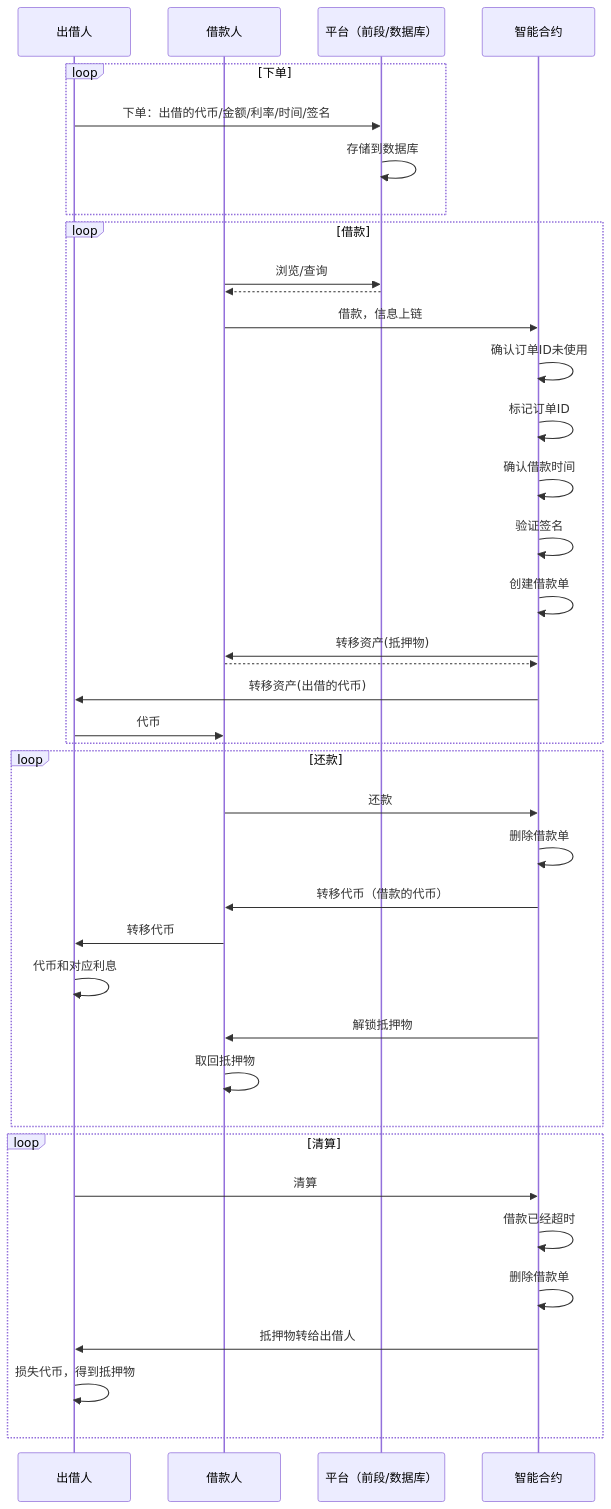
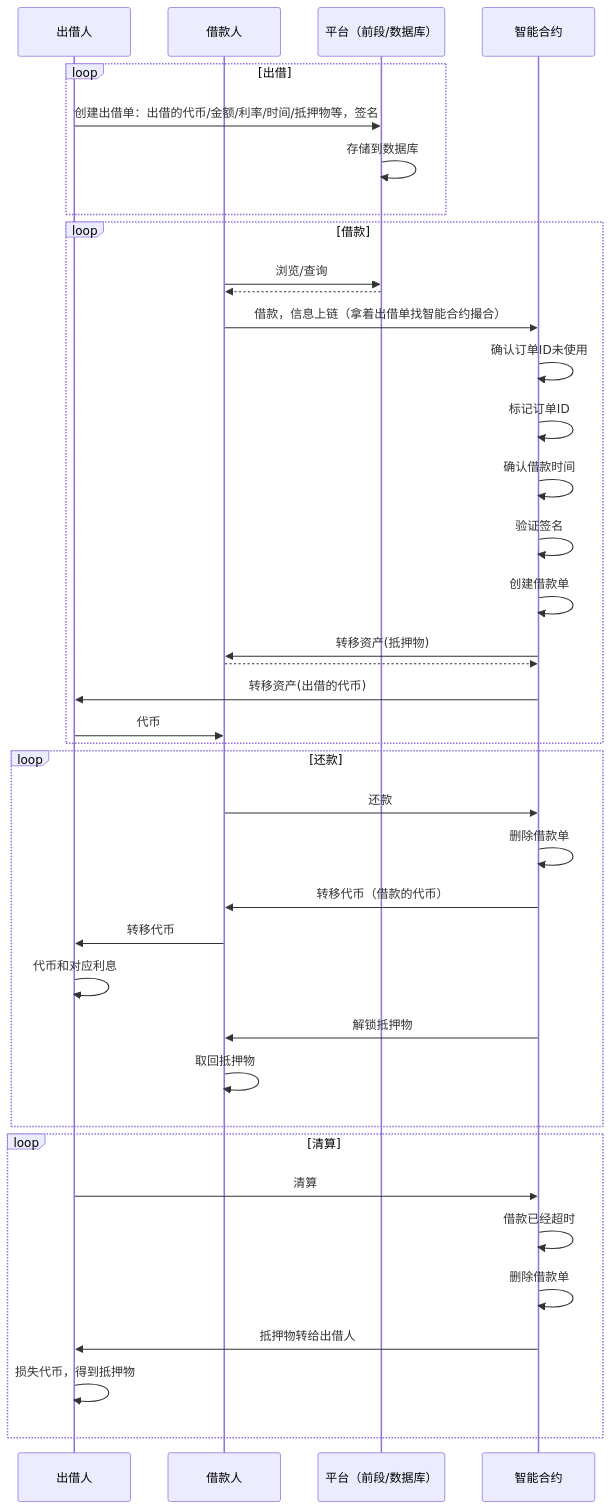
Before and after one commit to lengzhao/lengzhao.github.io: the diagram in _posts/2022-11-26-借贷系统-idea.md, drawn with Mermaid. The commit also changed other lines of this file and 3 other files, not shown here.

````diff
--- a/_posts/2022-11-26-借贷系统-idea.md
+++ b/_posts/2022-11-26-借贷系统-idea.md
@@ -28,41 +32,41 @@
 ```mermaid
 sequenceDiagram
 participant a as 出借人
 participant b as 借款人
 participant c as 平台（前段/数据库）
 participant d as 智能合约
-loop 下单
-    a ->> c: 下单：出借的代币/金额/利率/时间/签名
+loop 出借
+    a ->> c: 创建出借单：出借的代币/金额/利率/时间/抵押物等，签名
     c ->> c: 存储到数据库
 end
 loop 借款
     b ->> c: 浏览/查询
     c -->> b: 
-    b ->> d: 借款，信息上链
+    b ->> d: 借款，信息上链（拿着出借单找智能合约撮合）
     d ->> d: 确认订单ID未使用
     d ->> d: 标记订单ID
     d ->> d: 确认借款时间
     d ->> d: 验证签名
     d ->> d: 创建借款单
     d ->> b: 转移资产(抵押物)
     b -->> d: 
     d ->> a: 转移资产(出借的代币)
     a ->> b: 代币
 end
 loop 还款
     b ->> d: 还款
     d ->> d: 删除借款单
     d ->> b: 转移代币（借款的代币）
     b ->> a: 转移代币
     a ->> a: 代币和对应利息
     d ->> b: 解锁抵押物
     b ->> b: 取回抵押物
 end
 loop 清算
     a ->> d: 清算
     d ->> d: 借款已经超时
     d ->> d: 删除借款单
     d ->> a: 抵押物转给出借人
     a ->> a: 损失代币，得到抵押物
 end
 ```
````
